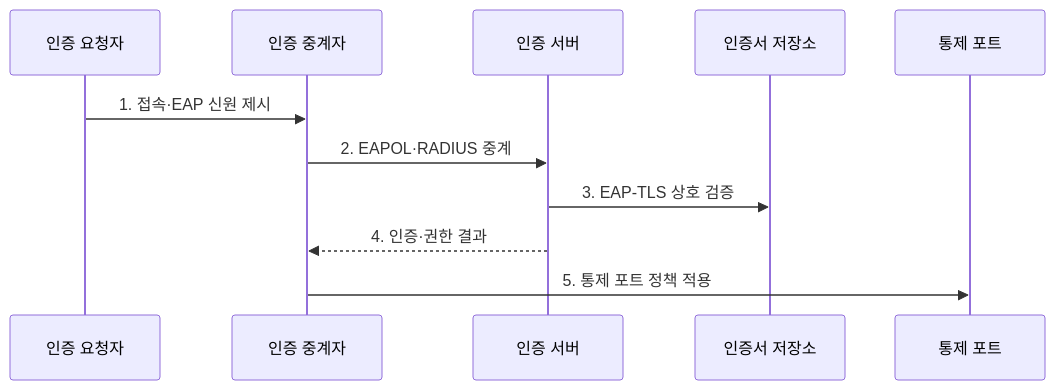
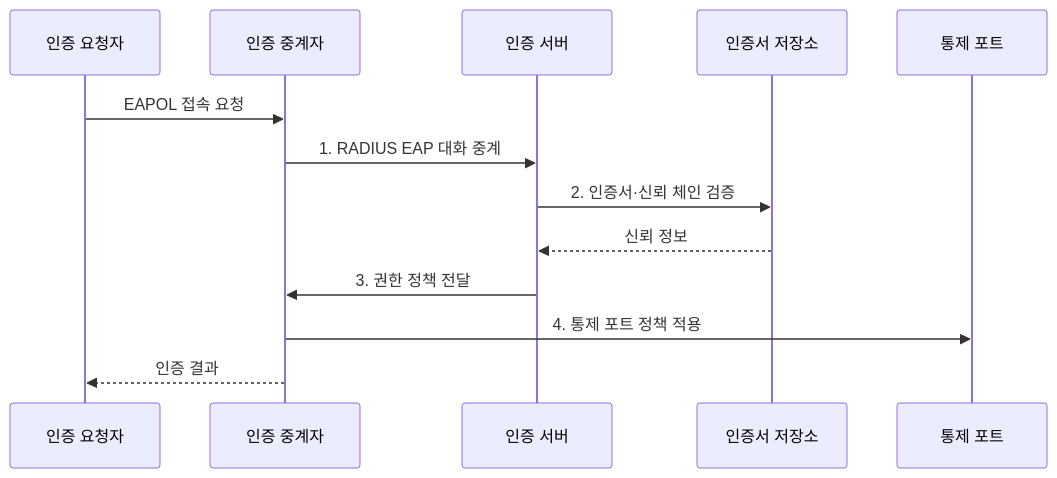
Before and after one commit to agnusdei1207/knowledge-base: the second of 2 diagrams in src/content/docs/notes/04-network/115_802_1x_eap_authentication.md, drawn with Mermaid. The commit also changed other lines of this file and 16 other files, not shown here.

````diff
--- a/src/content/docs/notes/04-network/115_802_1x_eap_authentication.md
+++ b/src/content/docs/notes/04-network/115_802_1x_eap_authentication.md
@@ -81,13 +77,15 @@
 ```mermaid
 sequenceDiagram
   participant S as 인증 요청자
   participant A as 인증 중계자
   participant V as 인증 서버
   participant I as 인증서 저장소
   participant P as 통제 포트
-  S->>A: 1. 접속·EAP 신원 제시
-  A->>V: 2. EAPOL·RADIUS 중계
-  V->>I: 3. EAP-TLS 상호 검증
-  V-->>A: 4. 인증·권한 결과
-  A->>P: 5. 통제 포트 정책 적용
+  S->>A: EAPOL 접속 요청
+  A->>V: 1. RADIUS EAP 대화 중계
+  V->>I: 2. 인증서·신뢰 체인 검증
+  I-->>V: 신뢰 정보
+  V->>A: 3. 권한 정책 전달
+  A->>P: 4. 통제 포트 정책 적용
+  A-->>S: 인증 결과
 ```
````
